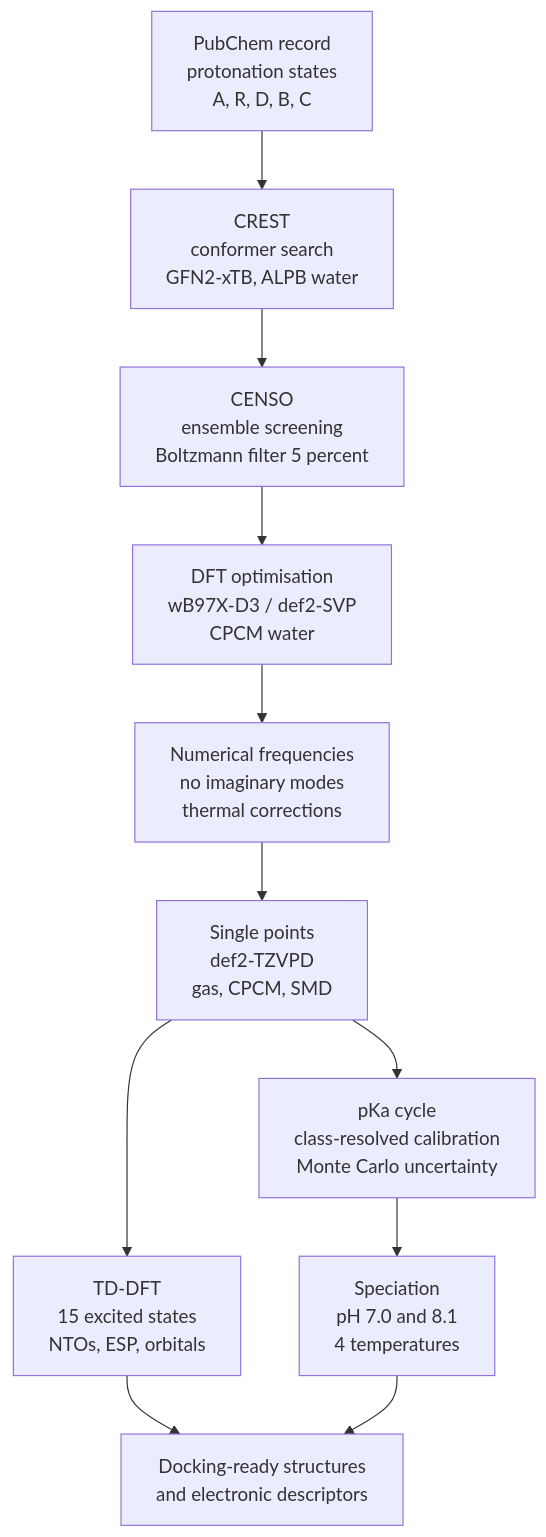
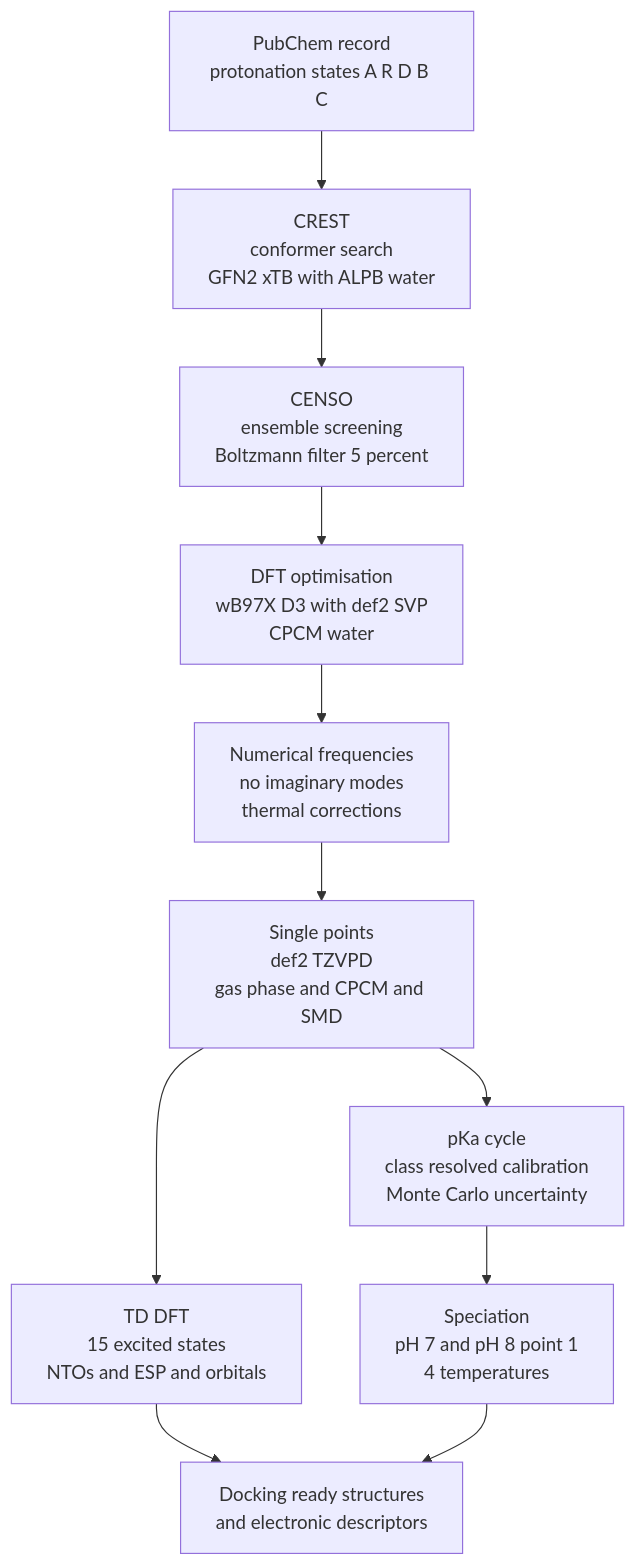
The diagram in README.md (kmilozeta27/MAA-quantum-chemical-protocol), drawn with Mermaid before and after one commit.

Commit message:
docs: simplify mermaid labels further to fix GitHub rendering

````diff
--- a/README.md
+++ b/README.md
@@ -67,13 +67,13 @@
 ```mermaid
 flowchart TD
-    A["PubChem record<br/>protonation states<br/>A, R, D, B, C"] --> B["CREST<br/>conformer search<br/>GFN2-xTB, ALPB water"]
+    A["PubChem record<br/>protonation states A R D B C"] --> B["CREST<br/>conformer search<br/>GFN2 xTB with ALPB water"]
     B --> C["CENSO<br/>ensemble screening<br/>Boltzmann filter 5 percent"]
-    C --> D["DFT optimisation<br/>wB97X-D3 / def2-SVP<br/>CPCM water"]
+    C --> D["DFT optimisation<br/>wB97X D3 with def2 SVP<br/>CPCM water"]
     D --> E["Numerical frequencies<br/>no imaginary modes<br/>thermal corrections"]
-    E --> F["Single points<br/>def2-TZVPD<br/>gas, CPCM, SMD"]
-    F --> G["TD-DFT<br/>15 excited states<br/>NTOs, ESP, orbitals"]
-    F --> H["pKa cycle<br/>class-resolved calibration<br/>Monte Carlo uncertainty"]
-    H --> I["Speciation<br/>pH 7.0 and 8.1<br/>4 temperatures"]
-    G --> J["Docking-ready structures<br/>and electronic descriptors"]
+    E --> F["Single points<br/>def2 TZVPD<br/>gas phase and CPCM and SMD"]
+    F --> G["TD DFT<br/>15 excited states<br/>NTOs and ESP and orbitals"]
+    F --> H["pKa cycle<br/>class resolved calibration<br/>Monte Carlo uncertainty"]
+    H --> I["Speciation<br/>pH 7 and pH 8 point 1<br/>4 temperatures"]
+    G --> J["Docking ready structures<br/>and electronic descriptors"]
     I --> J
 ```
````
